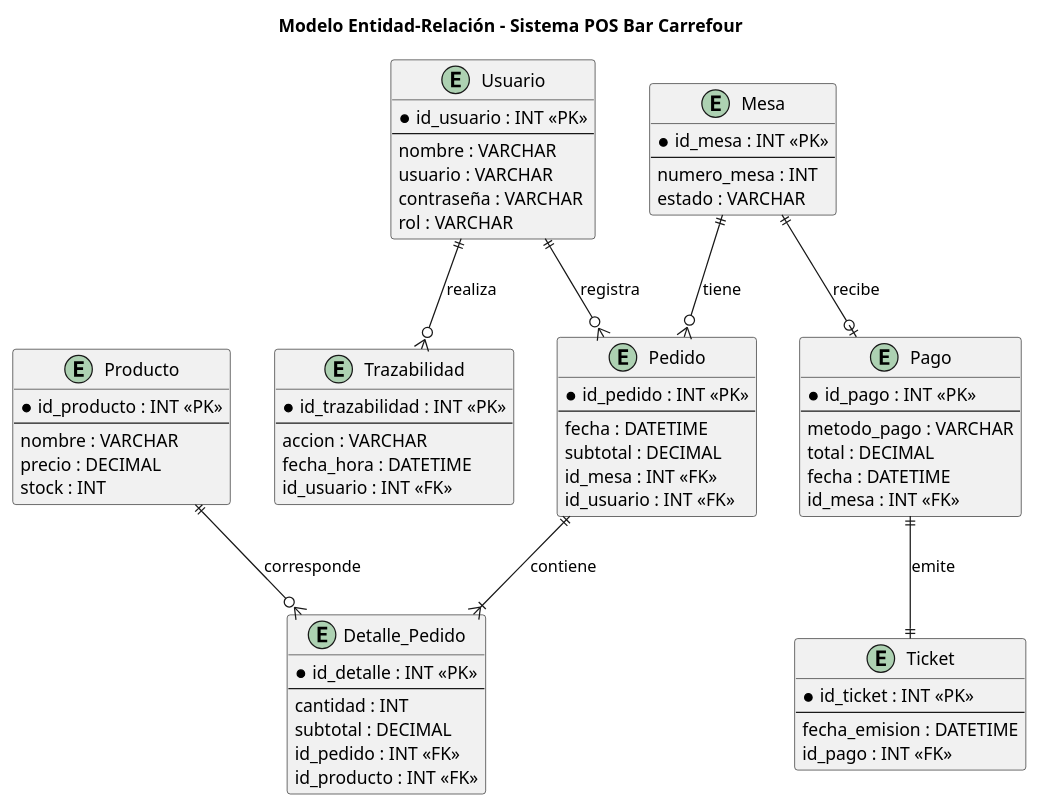
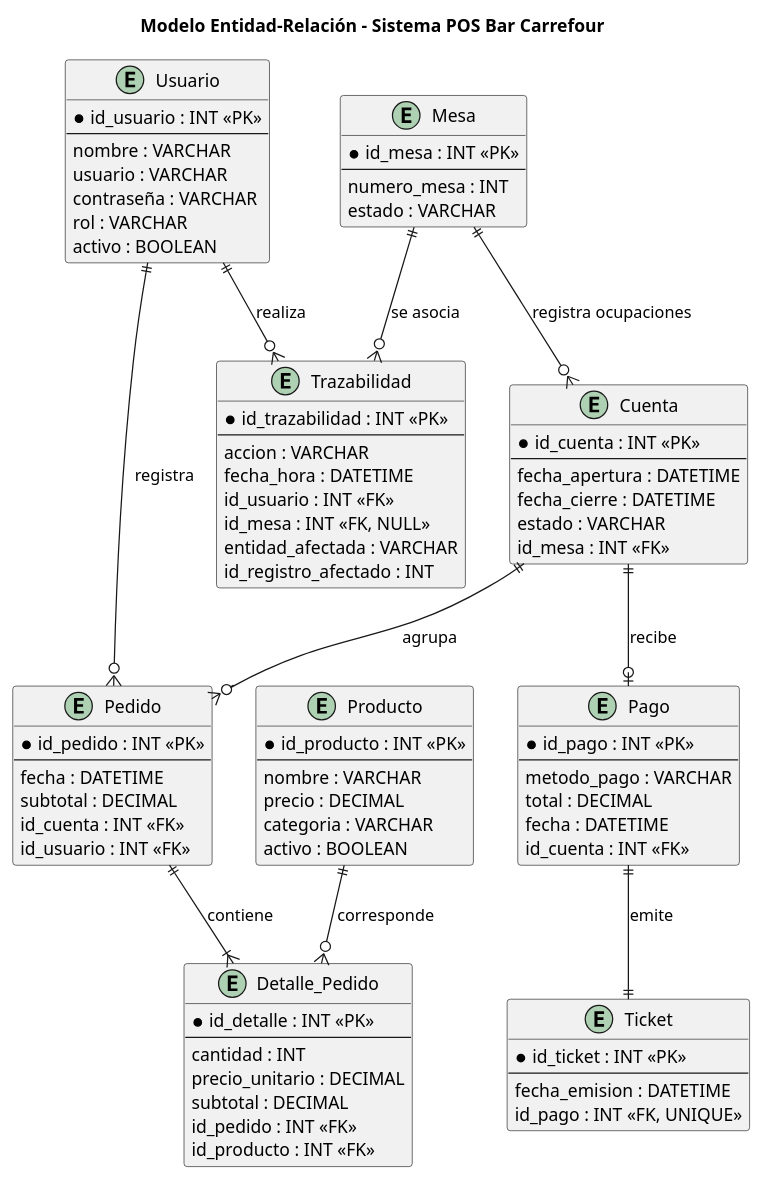
One commit to joana2025-coder/eidas-grupo02-SistemaPointofsale changed the diagram in diagramas/er.puml. Above: the diagram before and after it, drawn with PlantUML.

Commit message:
Corrige modelo entidad-relacion

```diff
--- a/diagramas/er.puml
+++ b/diagramas/er.puml
@@ -1,79 +1,96 @@
 @startuml
 
 title Modelo Entidad-Relación - Sistema POS Bar Carrefour
 
 entity Usuario {
     * id_usuario : INT <<PK>>
     --
     nombre : VARCHAR
     usuario : VARCHAR
     contraseña : VARCHAR
     rol : VARCHAR
+    activo : BOOLEAN
 }
 
 entity Mesa {
     * id_mesa : INT <<PK>>
     --
     numero_mesa : INT
     estado : VARCHAR
 }
 
+entity Cuenta {
+    * id_cuenta : INT <<PK>>
+    --
+    fecha_apertura : DATETIME
+    fecha_cierre : DATETIME
+    estado : VARCHAR
+    id_mesa : INT <<FK>>
+}
+
 entity Pedido {
     * id_pedido : INT <<PK>>
     --
     fecha : DATETIME
     subtotal : DECIMAL
-    id_mesa : INT <<FK>>
+    id_cuenta : INT <<FK>>
     id_usuario : INT <<FK>>
 }
 
 entity Detalle_Pedido {
     * id_detalle : INT <<PK>>
     --
     cantidad : INT
+    precio_unitario : DECIMAL
     subtotal : DECIMAL
     id_pedido : INT <<FK>>
     id_producto : INT <<FK>>
 }
 
 entity Producto {
     * id_producto : INT <<PK>>
     --
     nombre : VARCHAR
     precio : DECIMAL
-    stock : INT
+    categoria : VARCHAR
+    activo : BOOLEAN
 }
 
 entity Pago {
     * id_pago : INT <<PK>>
     --
     metodo_pago : VARCHAR
     total : DECIMAL
     fecha : DATETIME
-    id_mesa : INT <<FK>>
+    id_cuenta : INT <<FK>>
 }
 
 entity Ticket {
     * id_ticket : INT <<PK>>
     --
     fecha_emision : DATETIME
-    id_pago : INT <<FK>>
+    id_pago : INT <<FK, UNIQUE>>
 }
 
 entity Trazabilidad {
     * id_trazabilidad : INT <<PK>>
     --
     accion : VARCHAR
     fecha_hora : DATETIME
     id_usuario : INT <<FK>>
+    id_mesa : INT <<FK, NULL>>
+    entidad_afectada : VARCHAR
+    id_registro_afectado : INT
 }
 
+Mesa ||--o{ Cuenta : registra ocupaciones
+Cuenta ||--o{ Pedido : agrupa
 Usuario ||--o{ Pedido : registra
-Mesa ||--o{ Pedido : tiene
 Pedido ||--|{ Detalle_Pedido : contiene
 Producto ||--o{ Detalle_Pedido : corresponde
-Mesa ||--o| Pago : recibe
+Cuenta ||--o| Pago : recibe
 Pago ||--|| Ticket : emite
 Usuario ||--o{ Trazabilidad : realiza
+Mesa ||--o{ Trazabilidad : se asocia
 
 @enduml
```
